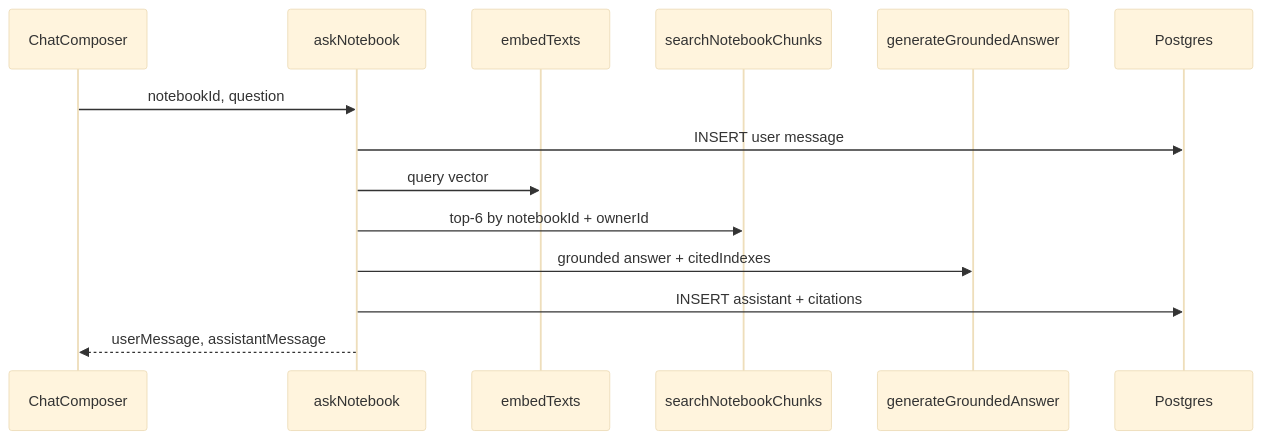
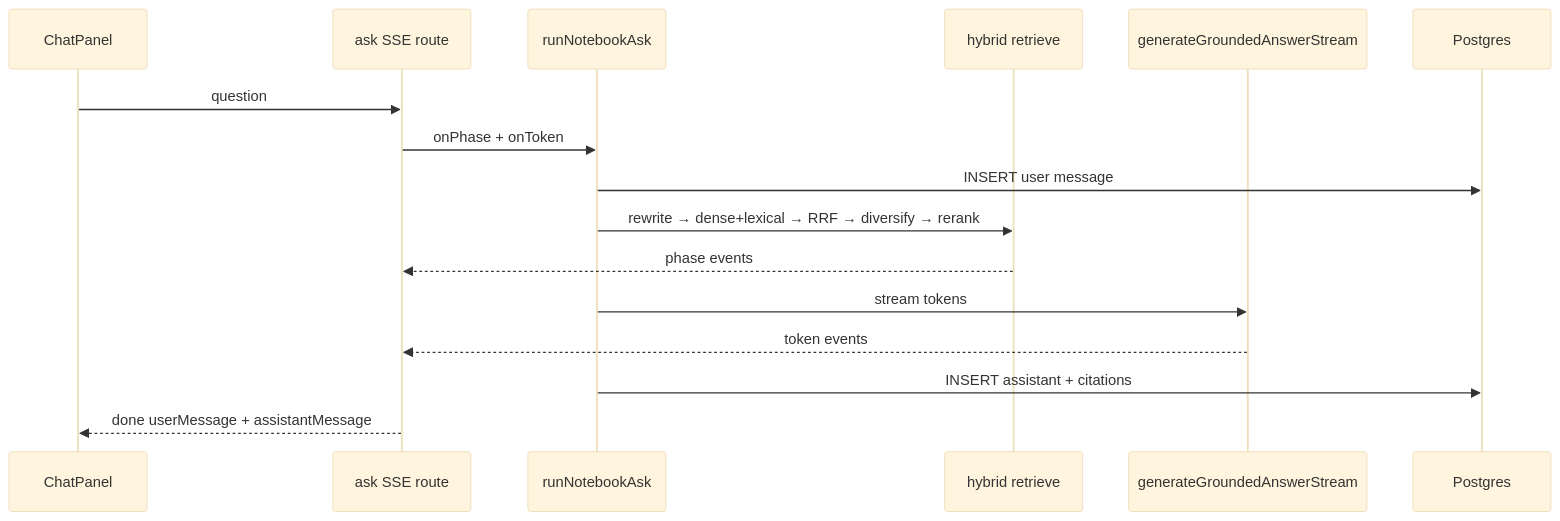
Before and after one commit to harshlocham/knowledge-workbench: the sixth of 9 diagrams in docs/ARCHITECTURE.md, drawn with Mermaid (base theme). The commit also changed other lines of this file and 22 other files, not shown here.

````diff
--- a/docs/ARCHITECTURE.md
+++ b/docs/ARCHITECTURE.md
@@ -240,17 +241,19 @@
 ```mermaid
 sequenceDiagram
-  participant UI as ChatComposer
-  participant SF as askNotebook
-  participant Emb as embedTexts
-  participant Q as searchNotebookChunks
-  participant LLM as generateGroundedAnswer
+  participant UI as ChatPanel
+  participant SSE as ask SSE route
+  participant Ask as runNotebookAsk
+  participant Hy as hybrid retrieve
+  participant LLM as generateGroundedAnswerStream
   participant DB as Postgres
 
-  UI->>SF: notebookId, question
-  SF->>DB: INSERT user message
-  SF->>Emb: query vector
-  SF->>Q: top-6 by notebookId + ownerId
-  SF->>LLM: grounded answer + citedIndexes
-  SF->>DB: INSERT assistant + citations
-  SF-->>UI: userMessage, assistantMessage
+  UI->>SSE: question
+  SSE->>Ask: onPhase + onToken
+  Ask->>DB: INSERT user message
+  Ask->>Hy: rewrite → dense+lexical → RRF → diversify → rerank
+  Hy-->>SSE: phase events
+  Ask->>LLM: stream tokens
+  LLM-->>SSE: token events
+  Ask->>DB: INSERT assistant + citations
+  SSE-->>UI: done userMessage + assistantMessage
 ```
````
